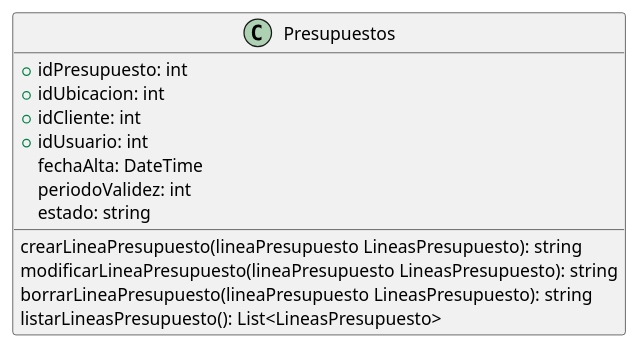
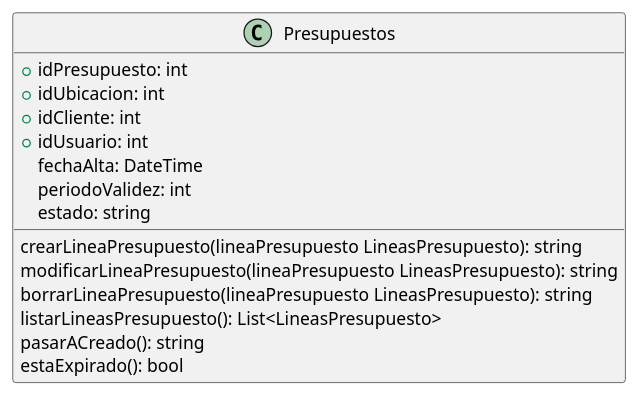
The diagram in DiagramaClases/Clases/Presupuestos.puml (ZMGestion/DocumentacionZMGestion), drawn with PlantUML before and after one commit. The commit also changed 7 other files, not shown here.

```diff
--- a/DiagramaClases/Clases/Presupuestos.puml
+++ b/DiagramaClases/Clases/Presupuestos.puml
@@ -1,16 +1,18 @@
 @startuml Presupuestos
 class Presupuestos{
     +idPresupuesto: int
     +idUbicacion: int
     +idCliente: int
     +idUsuario: int
     fechaAlta: DateTime
     periodoValidez: int
     estado: string
 
     crearLineaPresupuesto(lineaPresupuesto LineasPresupuesto): string
     modificarLineaPresupuesto(lineaPresupuesto LineasPresupuesto): string
     borrarLineaPresupuesto(lineaPresupuesto LineasPresupuesto): string
     listarLineasPresupuesto(): List<LineasPresupuesto>
+    pasarACreado(): string
+    estaExpirado(): bool
 }
-@enduml
+@endumls
```
